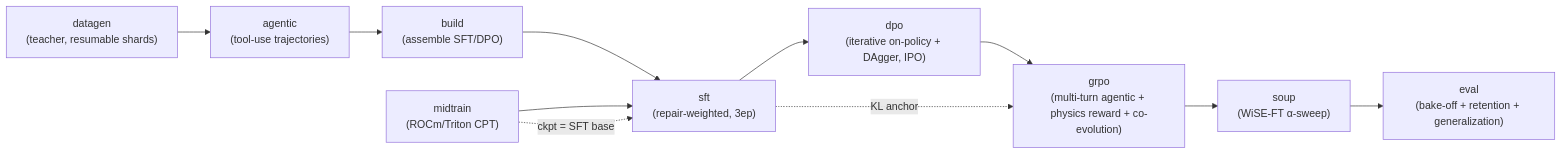
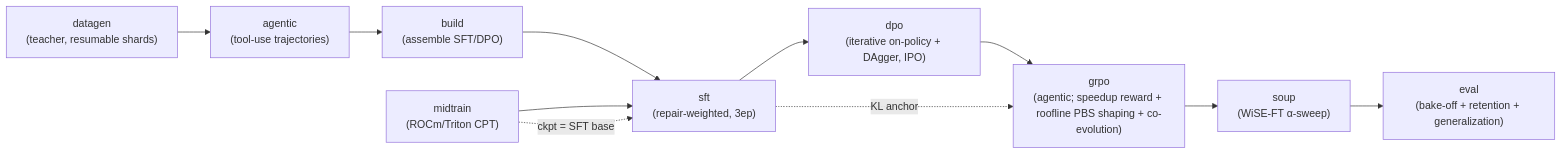
The second of 2 diagrams in README.md (amd-shasriva/KORE), drawn with Mermaid before and after one commit. The commit also changed other lines of this file and 16 other files, not shown here.

````diff
--- a/README.md
+++ b/README.md
@@ -152,13 +183,13 @@
 ```mermaid
 flowchart LR
   DG["datagen<br/>(teacher, resumable shards)"] --> AG["agentic<br/>(tool-use trajectories)"]
   AG --> BU["build<br/>(assemble SFT/DPO)"]
   MT["midtrain<br/>(ROCm/Triton CPT)"] --> SFT["sft<br/>(repair-weighted, 3ep)"]
   BU --> SFT
   SFT --> DPO["dpo<br/>(iterative on-policy + DAgger, IPO)"]
-  DPO --> GRPO["grpo<br/>(multi-turn agentic + physics reward + co-evolution)"]
+  DPO --> GRPO["grpo<br/>(agentic; speedup reward + roofline PBS shaping + co-evolution)"]
   GRPO --> SP["soup<br/>(WiSE-FT α-sweep)"]
   SP --> EV["eval<br/>(bake-off + retention + generalization)"]
   MT -. "ckpt = SFT base" .-> SFT
   SFT -. "KL anchor" .-> GRPO
 ```
````
